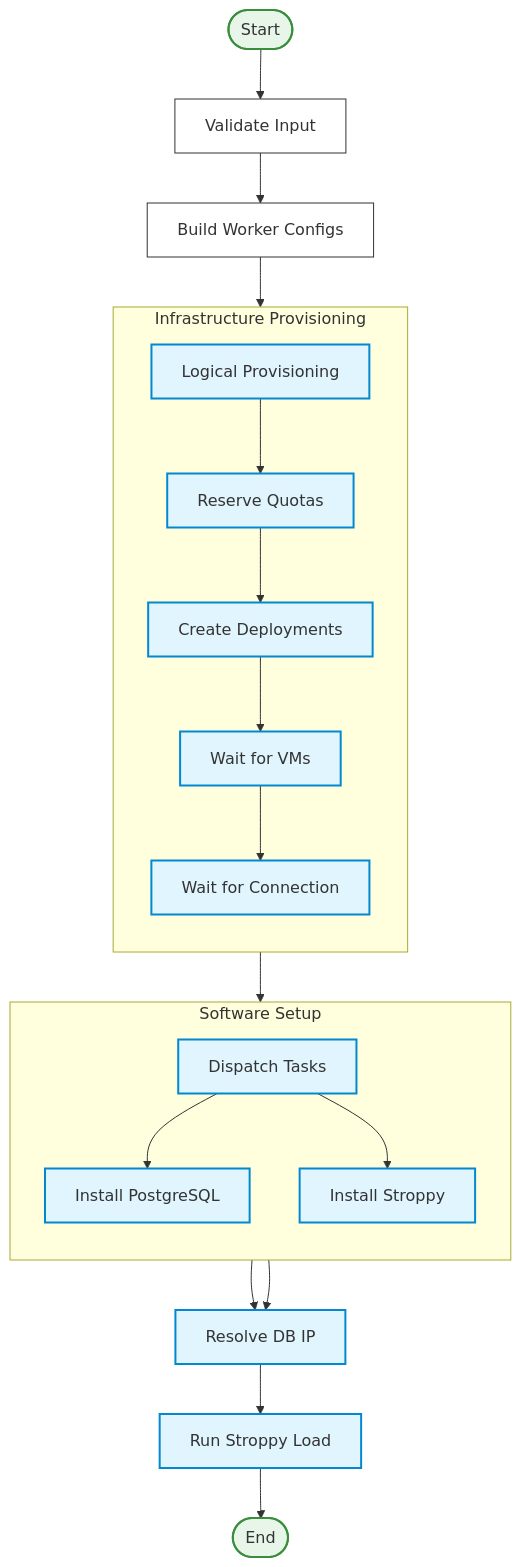
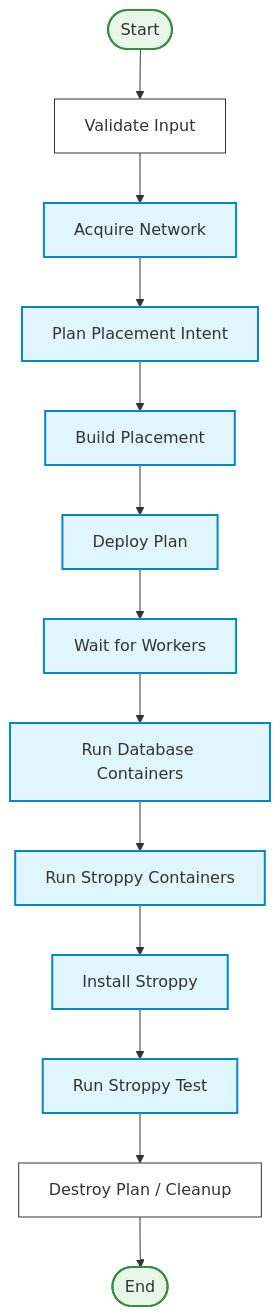
One commit to stroppy-io/hatchet-workflow changed the diagram in README.md. Above: the diagram before and after it, drawn with Mermaid. The commit also changed other lines of this file and 71 other files, not shown here.

````diff
--- a/README.md
+++ b/README.md
@@ -35,59 +71,40 @@
 ```mermaid
 flowchart TD
     %% Nodes
     Start([Start])
     Validate[Validate Input]
-    BuildWorkers[Build Worker Configs]
-    
-    %% Provisioning Subgraph
-    subgraph Provisioning [Infrastructure Provisioning]
-        direction TB
-        Logical[Logical Provisioning]
-        Reserve[Reserve Quotas]
-        Create[Create Deployments]
-        WaitInfra[Wait for VMs]
-        WaitConn[Wait for Connection]
-        
-        Logical --> Reserve
-        Reserve --> Create
-        Create --> WaitInfra
-        WaitInfra --> WaitConn
-    end
-
-    %% Installation Subgraph
-    subgraph Installation [Software Setup]
-        direction TB
-        Dispatch[Dispatch Tasks]
-        InstallDB[Install PostgreSQL]
-        InstallStroppy[Install Stroppy]
-    end
-
-    %% Execution
-    ResolveIP[Resolve DB IP]
-    RunLoad[Run Stroppy Load]
+    AcquireNet[Acquire Network]
+    PlanPlacement[Plan Placement Intent]
+    BuildPlacement[Build Placement]
+    DeployPlan[Deploy Plan]
+    WaitWorkers[Wait for Workers]
+    RunDBContainers[Run Database Containers]
+    RunStroppyContainers[Run Stroppy Containers]
+    InstallStroppy[Install Stroppy]
+    RunStroppyTest[Run Stroppy Test]
+    DestroyPlan[Destroy Plan / Cleanup]
     End([End])
 
     %% Edges
     Start --> Validate
-    Validate --> BuildWorkers
-    BuildWorkers --> Logical
-    
-    WaitConn --> Dispatch
-    Dispatch --> InstallDB
-    Dispatch --> InstallStroppy
-    
-    InstallDB --> ResolveIP
-    InstallStroppy --> ResolveIP
-    
-    ResolveIP --> RunLoad
-    RunLoad --> End
+    Validate --> AcquireNet
+    AcquireNet --> PlanPlacement
+    PlanPlacement --> BuildPlacement
+    BuildPlacement --> DeployPlan
+    DeployPlan --> WaitWorkers
+    WaitWorkers --> RunDBContainers
+    RunDBContainers --> RunStroppyContainers
+    RunStroppyContainers --> InstallStroppy
+    InstallStroppy --> RunStroppyTest
+    RunStroppyTest --> DestroyPlan
+    DestroyPlan --> End
 
     %% Styling
     classDef plain fill:#fff,stroke:#333,stroke-width:1px;
     classDef highlight fill:#e1f5fe,stroke:#0288d1,stroke-width:2px;
     classDef success fill:#e8f5e9,stroke:#388e3c,stroke-width:2px;
     
     class Start,End success;
-    class Logical,Reserve,Create,WaitInfra,WaitConn,Dispatch,InstallDB,InstallStroppy,ResolveIP,RunLoad highlight;
-    class Validate,BuildWorkers plain;
+    class AcquireNet,PlanPlacement,BuildPlacement,DeployPlan,WaitWorkers,RunDBContainers,RunStroppyContainers,InstallStroppy,RunStroppyTest highlight;
+    class Validate,DestroyPlan plain;
 ```
````
